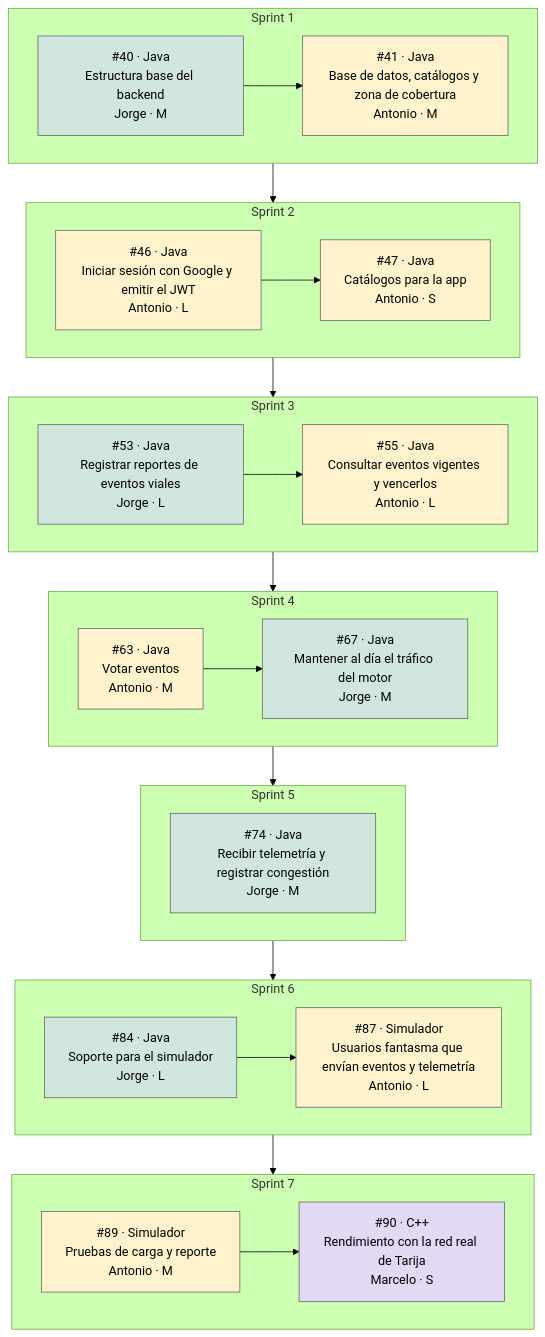
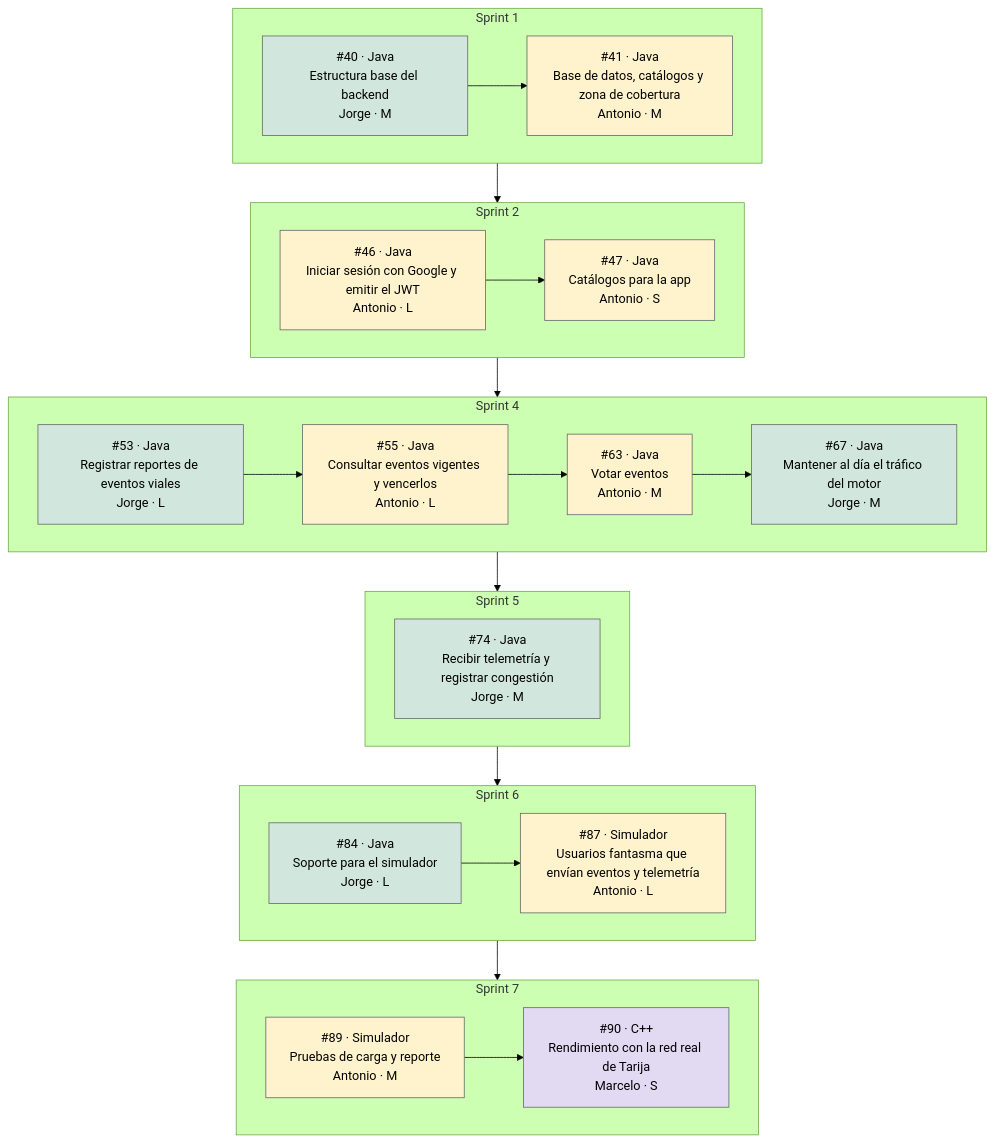
Before and after one commit to uniWASD/ChuroViajeInterno: the first of 2 diagrams in 06_proyect/Backlog_Construccion/08_Camino_critico.md, drawn with Mermaid (forest theme). The commit also changed other lines of this file and 9 other files, not shown here.

````diff
--- a/06_proyect/Backlog_Construccion/08_Camino_critico.md
+++ b/06_proyect/Backlog_Construccion/08_Camino_critico.md
@@ -27,46 +27,43 @@
 ```mermaid
 flowchart TB
     subgraph S1["Sprint 1"]
     direction LR
         i2["#40 · Java<br/>Estructura base del backend<br/>Jorge · M"]
         i3["#41 · Java<br/>Base de datos, catálogos y zona de cobertura<br/>Antonio · M"]
     end
     subgraph S2["Sprint 2"]
     direction LR
         i8["#46 · Java<br/>Iniciar sesión con Google y emitir el JWT<br/>Antonio · L"]
         i9["#47 · Java<br/>Catálogos para la app<br/>Antonio · S"]
     end
-    subgraph S3["Sprint 3"]
+    subgraph S4["Sprint 4"]
     direction LR
         i15["#53 · Java<br/>Registrar reportes de eventos viales<br/>Jorge · L"]
         i17["#55 · Java<br/>Consultar eventos vigentes y vencerlos<br/>Antonio · L"]
-    end
-    subgraph S4["Sprint 4"]
-    direction LR
         i25["#63 · Java<br/>Votar eventos<br/>Antonio · M"]
         i29["#67 · Java<br/>Mantener al día el tráfico del motor<br/>Jorge · M"]
     end
     subgraph S5["Sprint 5"]
     direction LR
         i36["#74 · Java<br/>Recibir telemetría y registrar congestión<br/>Jorge · M"]
     end
     subgraph S6["Sprint 6"]
     direction LR
         i46["#84 · Java<br/>Soporte para el simulador<br/>Jorge · L"]
         i49["#87 · Simulador<br/>Usuarios fantasma que envían eventos y telemetría<br/>Antonio · L"]
     end
     subgraph S7["Sprint 7"]
     direction LR
         i51["#89 · Simulador<br/>Pruebas de carga y reporte<br/>Antonio · M"]
         i52["#90 · C++<br/>Rendimiento con la red real de Tarija<br/>Marcelo · S"]
     end
     i2 --> i3 --> i8 --> i9 --> i15 --> i17 --> i25 --> i29 --> i36 --> i46 --> i49 --> i51 --> i52
     classDef alex fill:#cfe2ff,stroke:#666,color:#000
     classDef jorge fill:#d1e7dd,stroke:#666,color:#000
     classDef antonio fill:#fff3cd,stroke:#666,color:#000
     classDef marcelo fill:#e2d9f3,stroke:#666,color:#000
     classDef franz fill:#f8d7da,stroke:#666,color:#000
     class i2,i15,i29,i36,i46 jorge
     class i3,i8,i9,i17,i25,i49,i51 antonio
     class i52 marcelo
 ```
````
